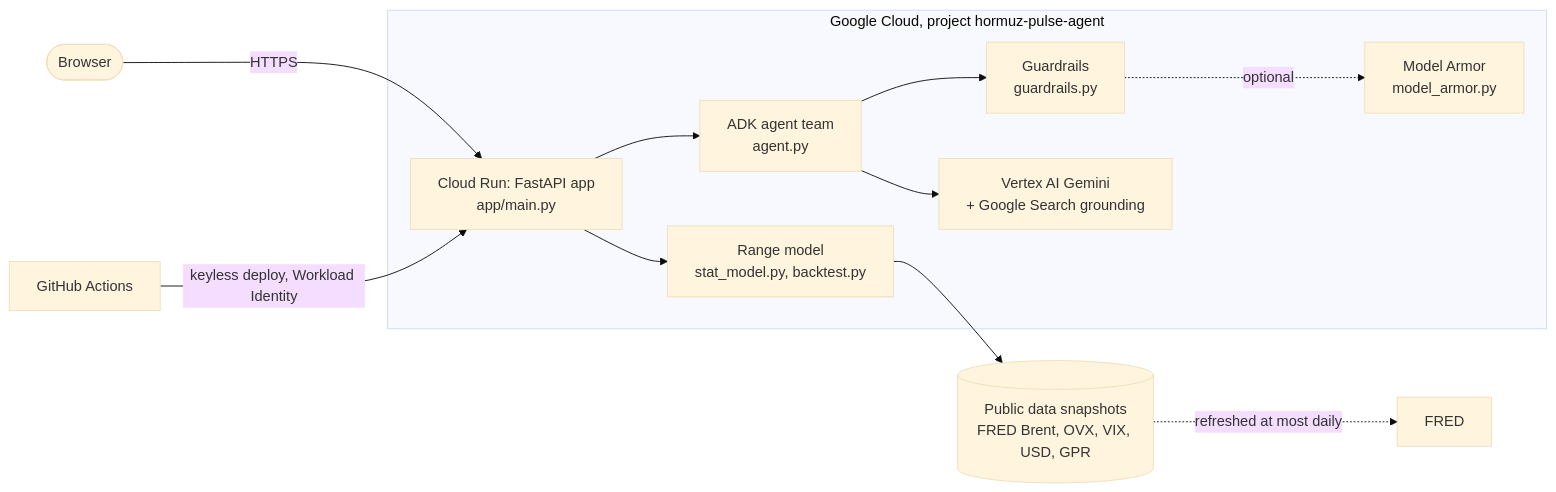
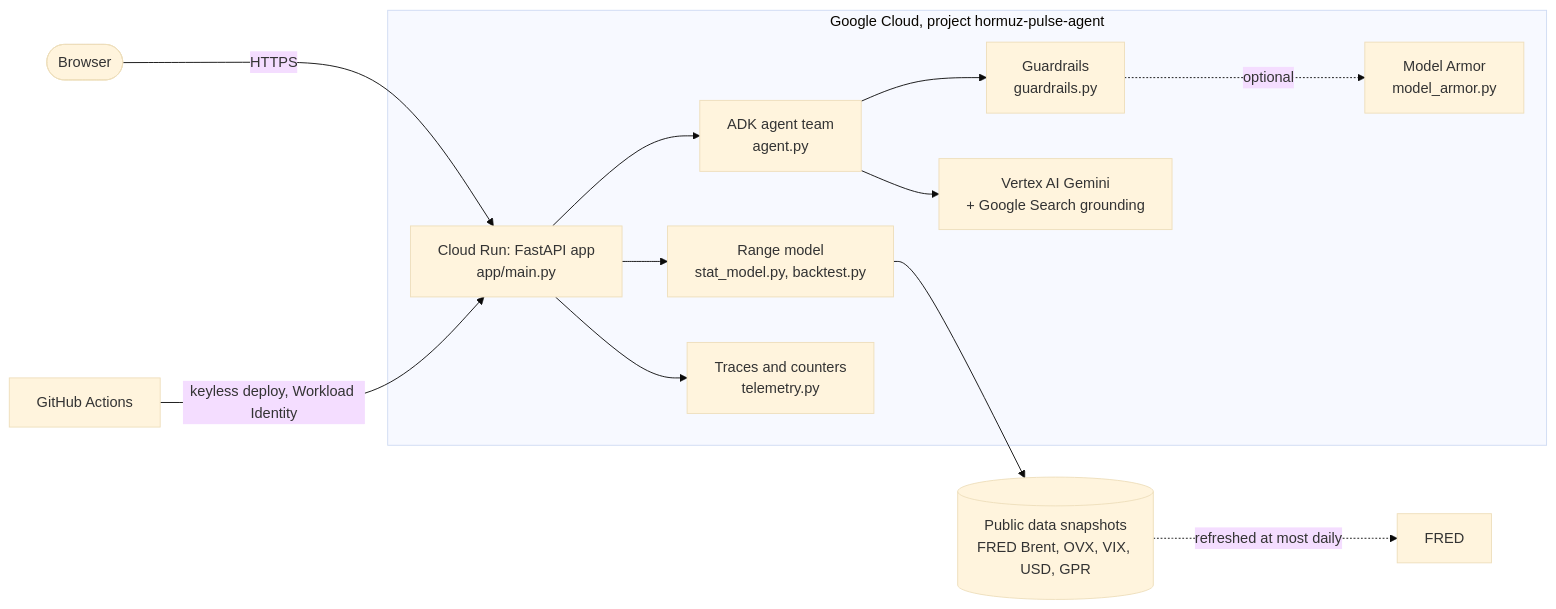
The first of 3 diagrams in README.md (nasirtrekker/hormuz-pulse-ai-agent), drawn with Mermaid (base theme) before and after one commit. The commit also changed other lines of this file and 15 other files, not shown here.

````diff
--- a/README.md
+++ b/README.md
@@ -30,15 +67,16 @@
 ```mermaid
 flowchart LR
     User([Browser]) -->|HTTPS| CR
     subgraph GCP[Google Cloud, project hormuz-pulse-agent]
         CR[Cloud Run: FastAPI app<br/>app/main.py]
         CR --> RM[Range model<br/>stat_model.py, backtest.py]
         CR --> AG[ADK agent team<br/>agent.py]
+        CR --> TM[Traces and counters<br/>telemetry.py]
         AG --> GR[Guardrails<br/>guardrails.py]
         GR -.optional.-> MA[Model Armor<br/>model_armor.py]
         AG --> VX[Vertex AI Gemini<br/>+ Google Search grounding]
     end
     RM --> DS[(Public data snapshots<br/>FRED Brent, OVX, VIX, USD, GPR)]
     DS -. refreshed at most daily .-> FRED[FRED]
     GH[GitHub Actions] -->|keyless deploy, Workload Identity| CR
 ```
````
